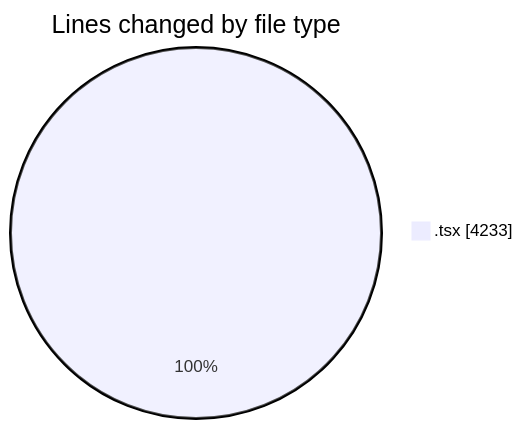
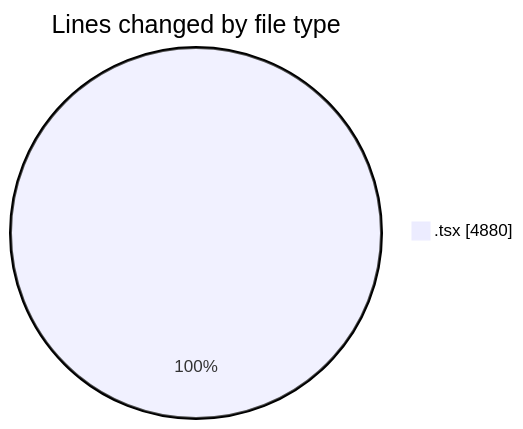
The first of 2 diagrams in 2026-07-13/nxtqube_webapp/README.md (nxtqubesakshisongat/code-tracking), drawn with Mermaid before and after one commit. The commit also changed other lines of this file and 1 other file, not shown here.

````diff
--- a/2026-07-13/nxtqube_webapp/README.md
+++ b/2026-07-13/nxtqube_webapp/README.md
@@ -33,5 +34,5 @@
 ```mermaid
 pie showData
 title Lines changed by file type
-".tsx" : 4233
+".tsx" : 4880
 ```
````
